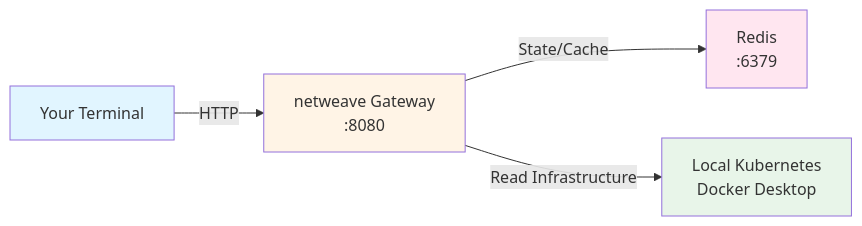
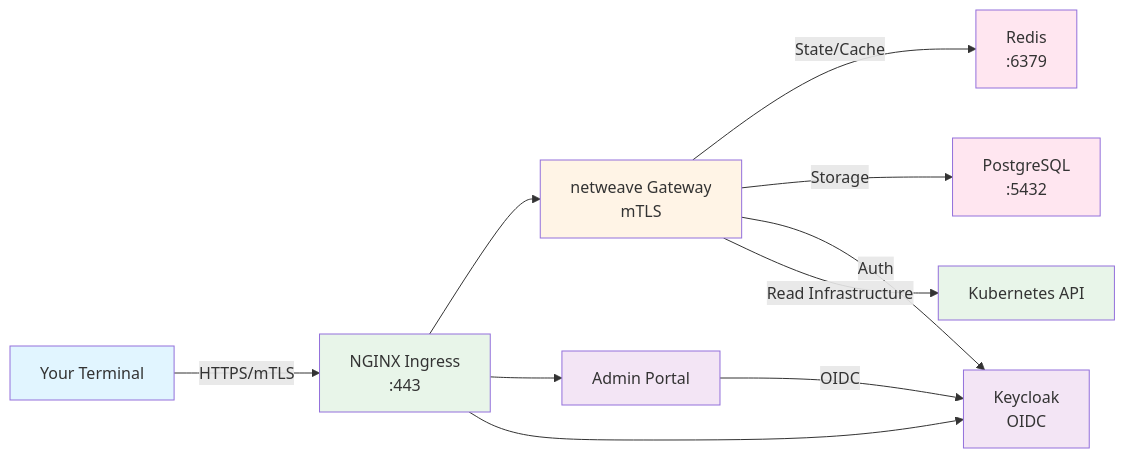
One commit to piwi3910/netweave changed the diagram in docs/getting-started/quickstart.md. Above: the diagram before and after it, drawn with Mermaid. The commit also changed other lines of this file and 2 other files, not shown here.

First line of the commit message:
[Docs] Rewrite getting-started docs for Kubernetes deployment

````diff
--- a/docs/getting-started/quickstart.md
+++ b/docs/getting-started/quickstart.md
@@ -133,16 +140,30 @@
 ```mermaid
 graph LR
     Client[Your Terminal]
-    Gateway[netweave Gateway<br/>:8080]
+    Ingress[NGINX Ingress<br/>:443]
+    Gateway[netweave Gateway<br/>mTLS]
     Redis[Redis<br/>:6379]
-    K8s[Local Kubernetes<br/>Docker Desktop]
+    PG[PostgreSQL<br/>:5432]
+    KC[Keycloak<br/>OIDC]
+    Admin[Admin Portal]
+    K8s[Kubernetes API]
 
-    Client -->|HTTP| Gateway
+    Client -->|HTTPS/mTLS| Ingress
+    Ingress --> Gateway
+    Ingress --> Admin
+    Ingress --> KC
     Gateway -->|State/Cache| Redis
+    Gateway -->|Storage| PG
+    Gateway -->|Auth| KC
     Gateway -->|Read Infrastructure| K8s
+    Admin -->|OIDC| KC
 
     style Client fill:#e1f5ff
+    style Ingress fill:#e8f5e9
     style Gateway fill:#fff4e6
     style Redis fill:#ffe6f0
+    style PG fill:#ffe6f0
+    style KC fill:#f3e5f5
+    style Admin fill:#f3e5f5
     style K8s fill:#e8f5e9
 ```
````
